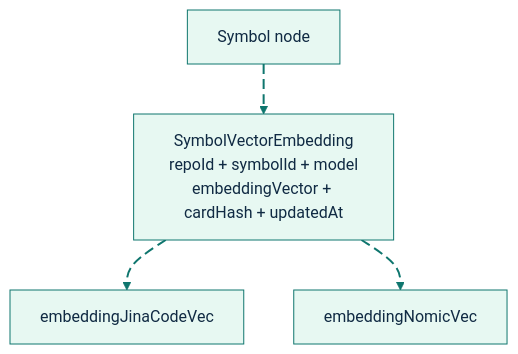
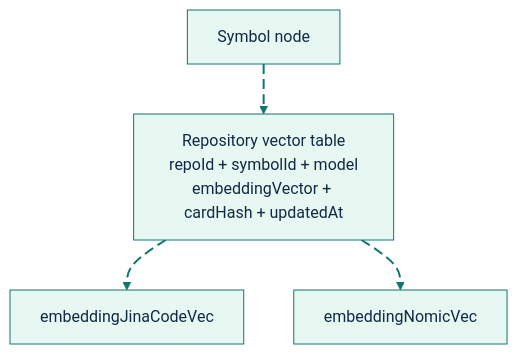
The seventh of 13 diagrams in docs/feature-deep-dives/semantic-engine.md (GlitterKill/sdl-mcp), drawn with Mermaid before and after one commit. The commit also changed other lines of this file and 3 other files, not shown here.

Commit message:
docs: explain repository vector isolation

````diff
--- a/docs/feature-deep-dives/semantic-engine.md
+++ b/docs/feature-deep-dives/semantic-engine.md
@@ -552,16 +552,16 @@
 ```mermaid
 %%{init: {"theme":"base","themeVariables":{"background":"#ffffff","primaryColor":"#E7F8F2","primaryBorderColor":"#0F766E","primaryTextColor":"#102A43","secondaryColor":"#E8F1FF","secondaryBorderColor":"#2563EB","secondaryTextColor":"#102A43","tertiaryColor":"#FFF4D6","tertiaryBorderColor":"#B45309","tertiaryTextColor":"#102A43","lineColor":"#0F766E","textColor":"#102A43","fontFamily":"Inter, ui-sans-serif, system-ui, -apple-system, BlinkMacSystemFont, Segoe UI, sans-serif"},"flowchart":{"curve":"basis","htmlLabels":true}}}%%
 flowchart TD
-    Symbol["Symbol node"] e1@--> Row["SymbolVectorEmbedding<br/>repoId + symbolId + model<br/>embeddingVector + cardHash + updatedAt"]
+    Symbol["Symbol node"] e1@--> Row["Repository vector table<br/>repoId + symbolId + model<br/>embeddingVector + cardHash + updatedAt"]
     Row e2@--> Jina["embeddingJinaCodeVec"]
     Row e3@--> Nomic["embeddingNomicVec"]
 
     classDef source fill:#E7F8F2,stroke:#0F766E,stroke-width:2px,color:#102A43;
     classDef process fill:#E8F1FF,stroke:#2563EB,stroke-width:2px,color:#102A43;
     classDef decision fill:#FFF4D6,stroke:#B45309,stroke-width:2px,color:#102A43;
     classDef storage fill:#F2E8FF,stroke:#7C3AED,stroke-width:2px,color:#102A43;
     classDef output fill:#FFE8EF,stroke:#BE123C,stroke-width:2px,color:#102A43;
     classDef muted fill:#F8FAFC,stroke:#64748B,stroke-width:1px,color:#102A43;
     classDef animate stroke:#0F766E,stroke-width:2px,stroke-dasharray:10\,5,stroke-dashoffset:900,animation:dash 22s linear infinite;
     class e1,e2,e3 animate;
 ```
````
